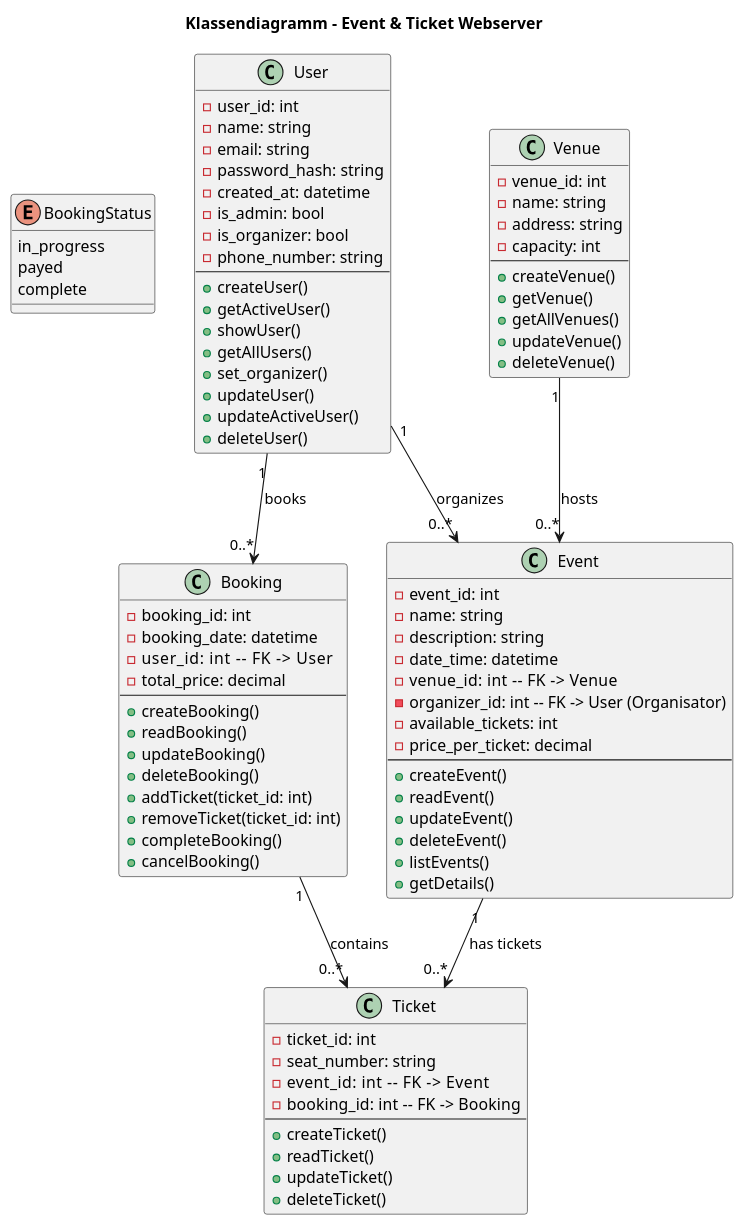
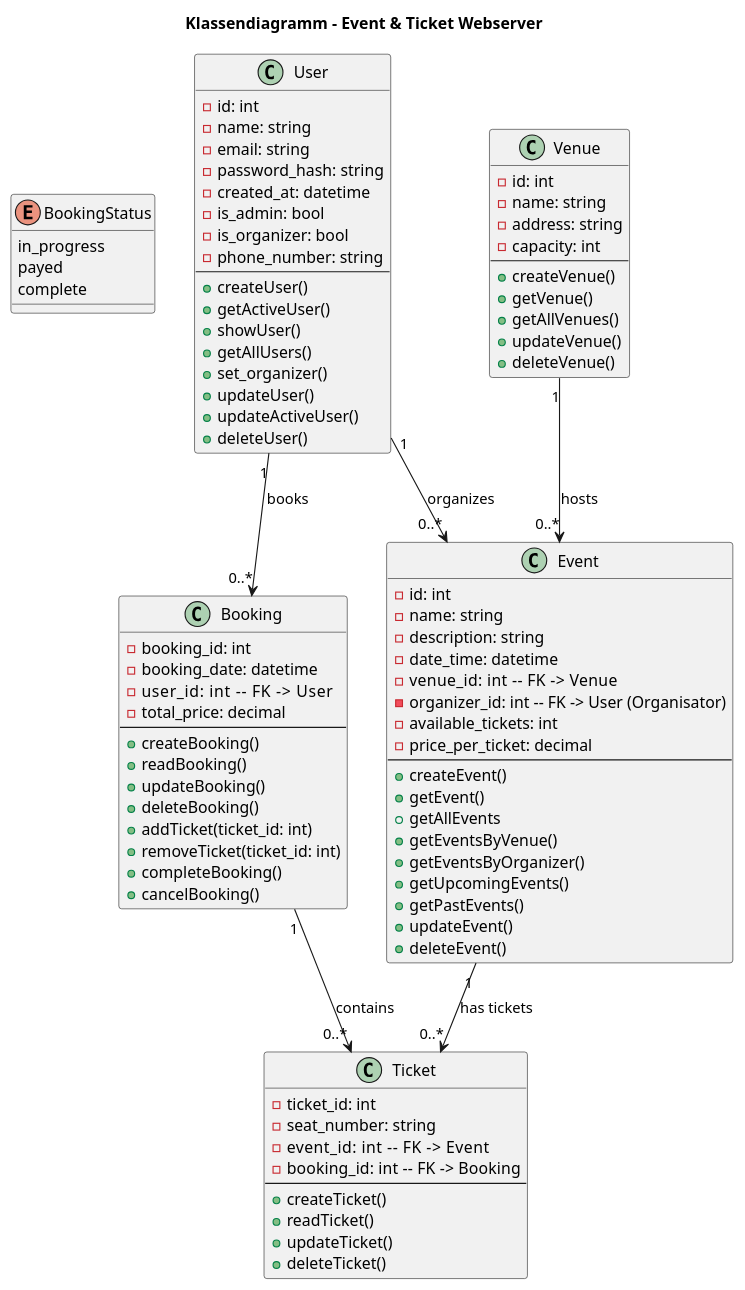
One commit to Tandll48/5ahit-sew-eventManager changed the diagram in backend/app/uml.md. Above: the diagram before and after it, drawn with PlantUML. The commit also changed 7 other files, not shown here.

```diff
--- a/backend/app/uml.md
+++ b/backend/app/uml.md
@@ -9,7 +9,7 @@
 
 
 class User {
-  - user_id: int
+  - id: int
   - name: string
   - email: string
   - password_hash: string
@@ -29,7 +29,7 @@
 }
 
 class Venue {
-  - venue_id: int
+  - id: int
   - name: string
   - address: string
   - capacity: int
@@ -42,7 +42,7 @@
 }
 
 class Event {
-  - event_id: int
+  - id: int
   - name: string
   - description: string
   - date_time: datetime
@@ -52,11 +52,14 @@
   - price_per_ticket: decimal
   --
   + createEvent()
-  + readEvent()
+  + getEvent()
+  + getAllEvents
+  + getEventsByVenue()
+  + getEventsByOrganizer()
+  + getUpcomingEvents()
+  + getPastEvents()
   + updateEvent()
   + deleteEvent()
-  + listEvents()
-  + getDetails()
 }
 
 class Ticket {
```
